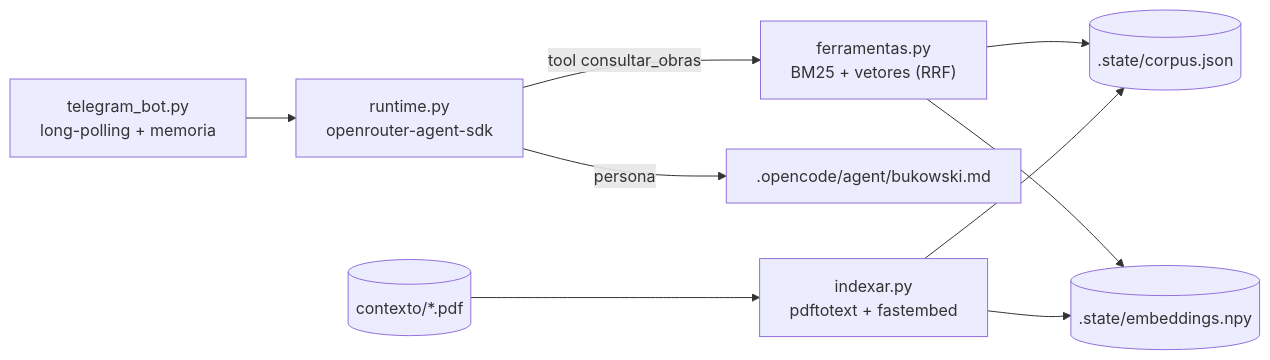
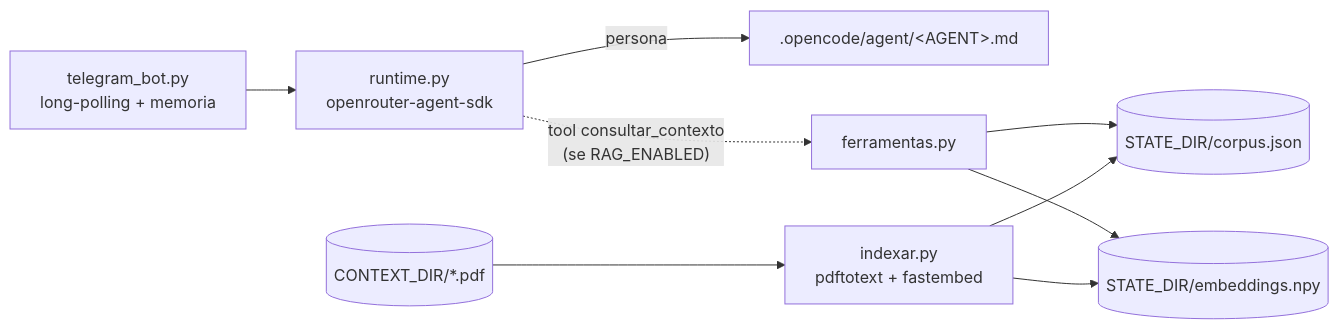
One commit to kellermanm0ta/persona-bot changed the diagram in AGENTS.md. Above: the diagram before and after it, drawn with Mermaid. The commit also changed other lines of this file and 17 other files, not shown here.

Commit message:
feat: bot generico (config por env, RAG opcional, docker multi-persona, logs stdout)

````diff
--- a/AGENTS.md
+++ b/AGENTS.md
@@ -10,11 +11,11 @@
 ```mermaid
 flowchart LR
     TG["telegram_bot.py<br/>long-polling + memoria"] --> RT["runtime.py<br/>openrouter-agent-sdk"]
-    RT -->|tool consultar_obras| FER["ferramentas.py<br/>BM25 + vetores (RRF)"]
-    FER --> CORP[(".state/corpus.json")]
-    FER --> EMB[(".state/embeddings.npy")]
-    RT -->|persona| AG[".opencode/agent/bukowski.md"]
+    RT -->|persona| AG[".opencode/agent/&lt;AGENT&gt;.md"]
+    RT -.->|"tool consultar_contexto<br/>(se RAG_ENABLED)"| FER["ferramentas.py"]
+    FER --> CORP[("STATE_DIR/corpus.json")]
+    FER --> EMB[("STATE_DIR/embeddings.npy")]
     IDX["indexar.py<br/>pdftotext + fastembed"] --> CORP
     IDX --> EMB
-    PDFS[("contexto/*.pdf")] --> IDX
+    CTX[("CONTEXT_DIR/*.pdf")] --> IDX
 ```
````
